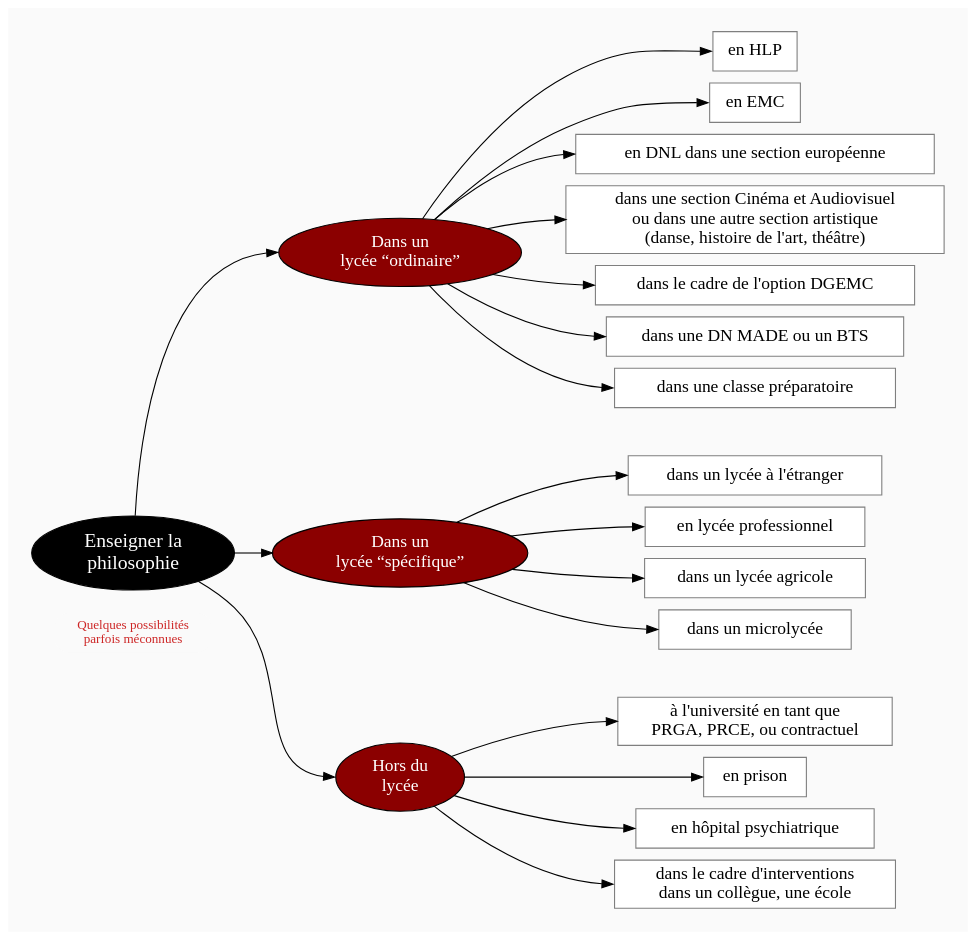
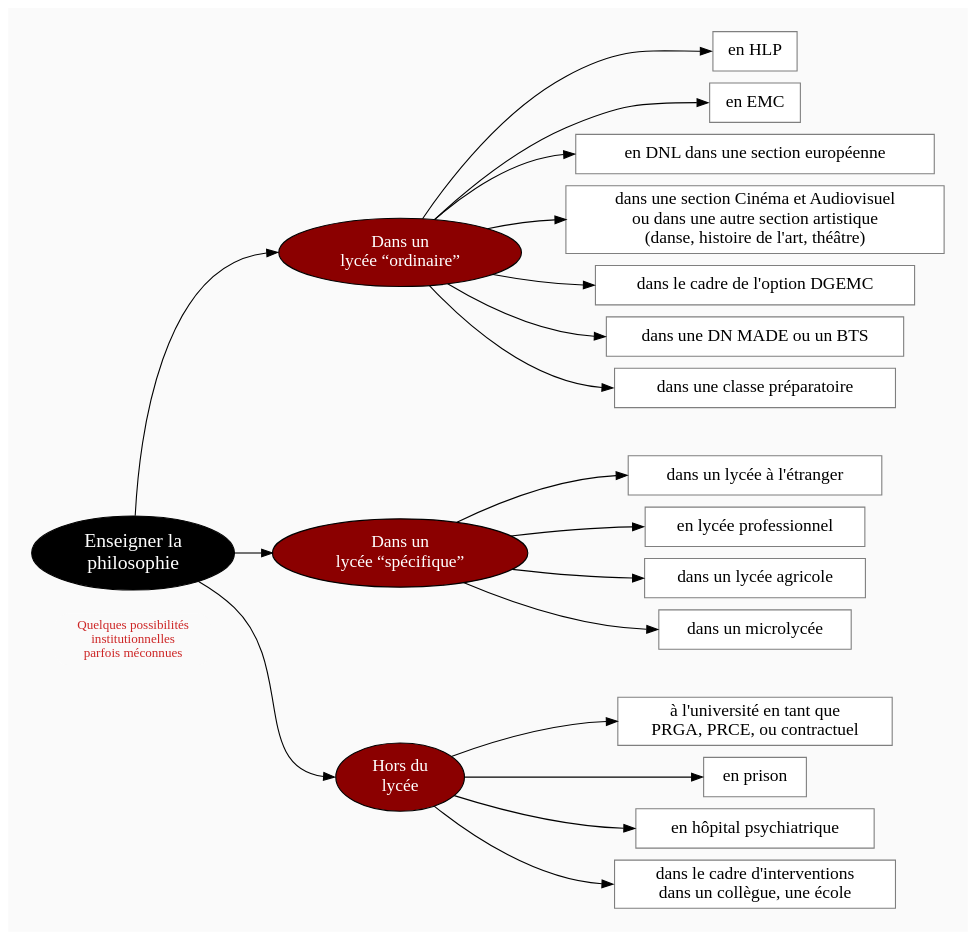
Before and after one commit to eyssette/graphviz-examples: the diagram in diagram/enseigner-la-philosophie-differentes-possibilites.dot, drawn with Graphviz.

```diff
--- a/diagram/enseigner-la-philosophie-differentes-possibilites.dot
+++ b/diagram/enseigner-la-philosophie-differentes-possibilites.dot
@@ -1,96 +1,97 @@
 digraph G {
 // Template : diagram
 // Usage : 
 rankdir=LR
 splines=true
 //splines=curved
 bgcolor=grey98
 pad=0.3
 style=filled
 edge[minlen=4]
 node[style=filled, fontcolor=white]
 ranksep=0.1
 nodesep=0.15
 
 // NIVEAU 1
 node[fillcolor=12, fontsize=18]
 a1[label="Enseigner la
 philosophie"]
 
 // NIVEAU 2
 node[fillcolor=red4, fontsize=16]
 a1->{
 b1[label="Dans un
 lycée “ordinaire”"]    
 b2[label="Dans un
 lycée “spécifique”"]    
 b3[label="Hors du
 lycée"]
 }[headport=w]
 
 node[fontcolor=black]
 // NIVEAU 3 (sans intermédiaire)
 node [shape=box, fillcolor=white, color=grey50]
 // c1[label=""]
 b1->{ca1,ca2,ca3,ca4,ca5, ca6, ca7}[headport=w]
 ca1[label="en HLP"]
 ca2[label="en EMC"]
 ca3[label="en DNL dans une section européenne"]
 ca4[label="dans une section Cinéma et Audiovisuel
 ou dans une autre section artistique
 (danse, histoire de l'art, théâtre)"]
 ca5[label="dans le cadre de l'option DGEMC"]
 
 ca6[label="dans une DN MADE ou un BTS"]
 ca7[label="dans une classe préparatoire"]
 
 b2->{cb1,cb2, cb3, cb4}[headport=w]
 cb1[label="dans un lycée à l'étranger"]
 cb2[label="en lycée professionnel"]
 cb3[label="dans un lycée agricole"]
 cb4[label="dans un microlycée"]
 
 b3->{cc1,cc2,cc3, cc4}[headport=w]
 cc1[label="à l'université en tant que
 PRGA, PRCE, ou contractuel"]
 cc2[label="en prison"]
 cc3[label="en hôpital psychiatrique"]
 cc4[label="dans le cadre d'interventions
 dans un collègue, une école"]
 
 {rank=same;ca7->cb1[style=invis]}
 {rank=same;cb4->cc1[style=invis]}
 
 // INTERMÉDIAIRE AVANT NIVEAU 3
 node[fillcolor=grey78, shape=oval]
 // [arrowhead=none]
 // bc1[label=""]
 
 // NIVEAU 3 (avec intermédiaire)
 node[fillcolor=white, shape=box, color=grey50]
 // c1[label=""]
 
 // NIVEAU 4
 node[style="filled,rounded", fillcolor=white, shape=box, color=grey50]
 // d1[label=""]
 
 
 
 // ÉTIQUETTES EN ROUGE
 node[shape=plaintext, fontcolor=firebrick3, fillcolor=grey98, fontsize=12]
 // e1[label=< <B>= Titre</B><BR /><BR />Contenu<BR /> >]
 // e1[label=""]
 // ->e1[minlen=1, style=invis]
 
 {rank=same;a1->e1[minlen=2, style=invis]}
 e1[label="Quelques possibilités
+institutionnelles
 parfois méconnues"]
 
 // REMARQUES EN BLEU
 node[color=blue, shape=box, margin=0.07, fontcolor=black, fontsize=12, style="dashed", penwidth=0.6]
 edge[color=blue, arrowhead="none", xlabel="", style="dashed", penwidth=0.6]
 // r1[label=""]
 // {rank=same;->r1}
 // {rank=same;r1->[dir=back]}
 
 }
```
